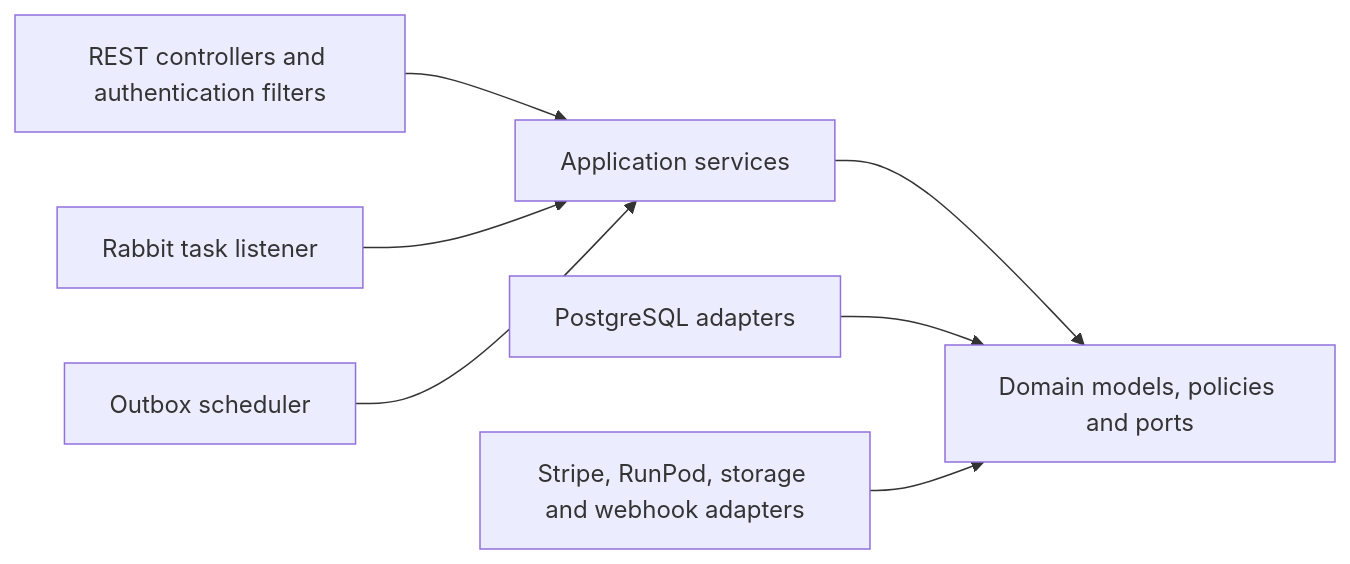
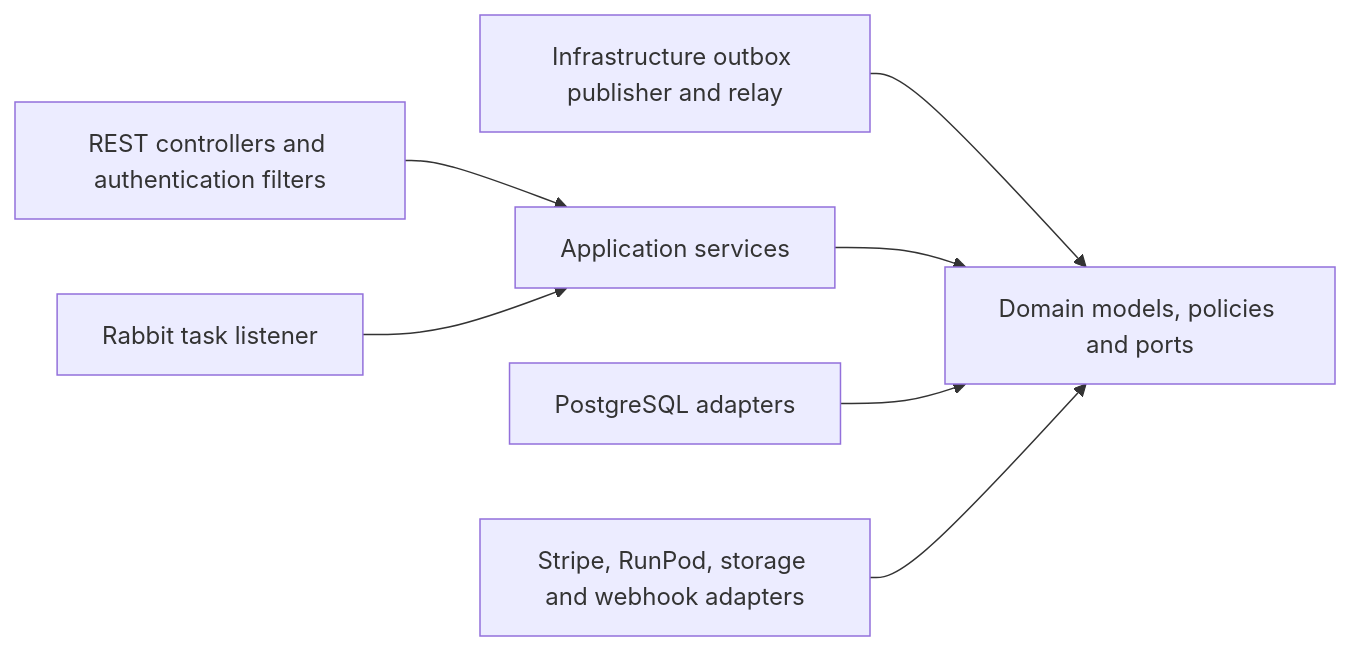
One commit to Shaboo/3dify changed the diagram in architecture.md. Above: the diagram before and after it, drawn with Mermaid. The commit also changed other lines of this file and 106 other files, not shown here.

````diff
--- a/architecture.md
+++ b/architecture.md
@@ -7,9 +7,9 @@
 ```mermaid
 flowchart LR
     HTTP[REST controllers and authentication filters] --> UseCases[Application services]
     Rabbit[Rabbit task listener] --> UseCases
-    Schedule[Outbox scheduler] --> UseCases
+    Outbox[Infrastructure outbox publisher and relay] --> Domain
     UseCases --> Domain[Domain models, policies and ports]
     Persistence[PostgreSQL adapters] --> Domain
     Integration[Stripe, RunPod, storage and webhook adapters] --> Domain
 ```
````
